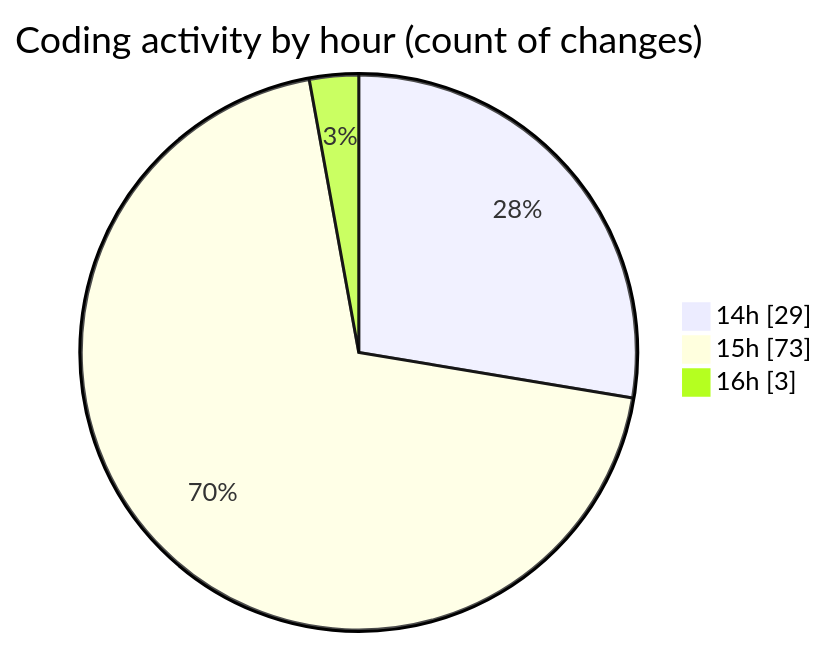
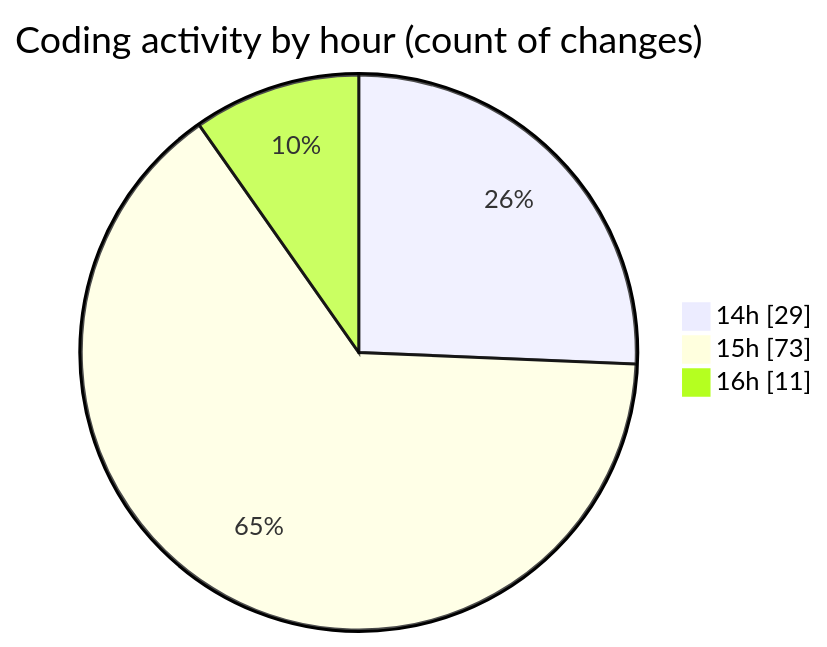
One commit to CELIANVF/code-tracking changed the second of 2 diagrams in 2025-06-05/ecodeli-1/README.md. Above: the diagram before and after it, drawn with Mermaid. The commit also changed other lines of this file and 1 other file, not shown here.

````diff
--- a/2025-06-05/ecodeli-1/README.md
+++ b/2025-06-05/ecodeli-1/README.md
@@ -64,7 +66,7 @@
 ```mermaid
 pie showData
 title Coding activity by hour (count of changes)
 "14h" : 29
 "15h" : 73
-"16h" : 3
+"16h" : 11
 ```
````
